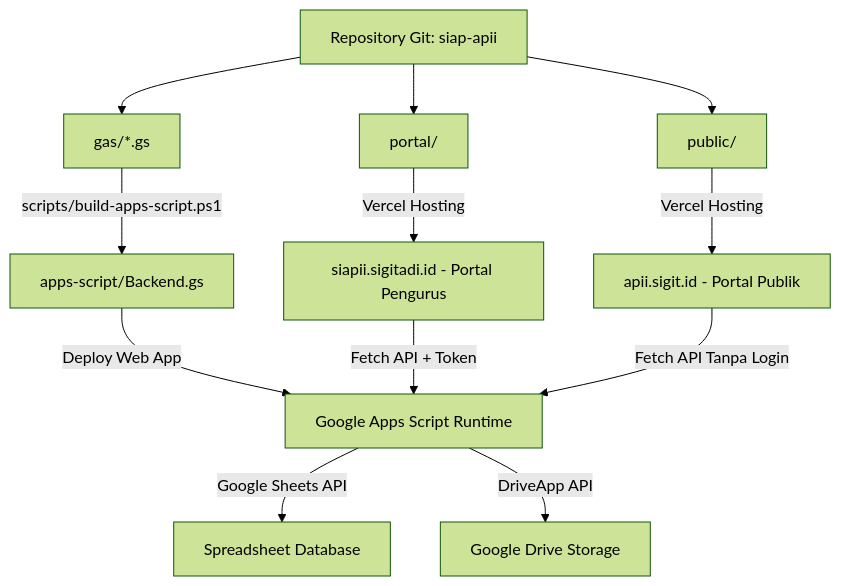
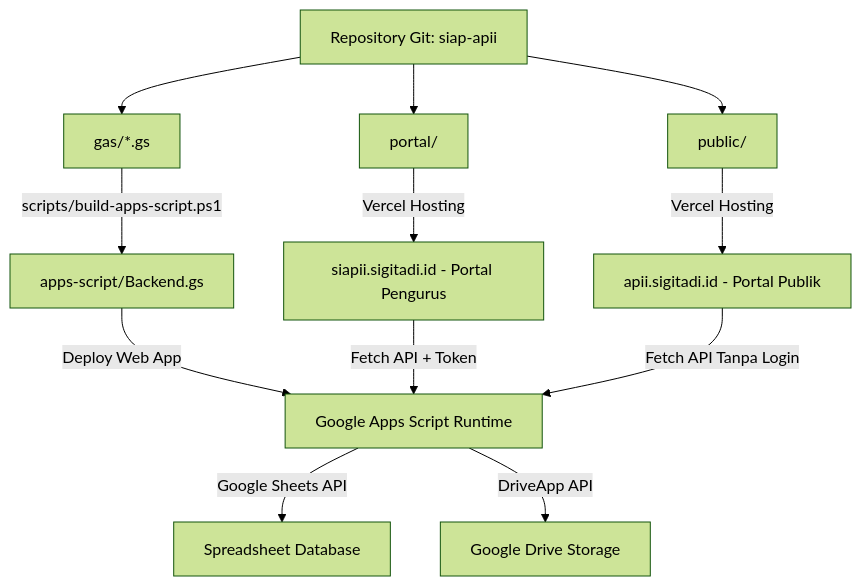
Before and after one commit to sisigitadi/siap-apii: the diagram in docs/VERSION_CONTROL.md, drawn with Mermaid (forest theme). The commit also changed other lines of this file and 14 other files, not shown here.

Commit message:
fix(public): audit domain apii.sigitadi.id, restore public letters and accounts section, remove divisi, fix deploy ci

````diff
--- a/docs/VERSION_CONTROL.md
+++ b/docs/VERSION_CONTROL.md
@@ -40,17 +40,17 @@
 ```mermaid
 graph TD
     A[Repository Git: siap-apii] --> B[gas/*.gs]
     A --> C[portal/]
     A --> D[public/]
     
     B -->|scripts/build-apps-script.ps1| E[apps-script/Backend.gs]
     E -->|Deploy Web App| F[Google Apps Script Runtime]
     F -->|Google Sheets API| G[Spreadsheet Database]
     F -->|DriveApp API| H[Google Drive Storage]
     
     C -->|Vercel Hosting| I[siapii.sigitadi.id - Portal Pengurus]
-    D -->|Vercel Hosting| J[apii.sigit.id - Portal Publik]
+    D -->|Vercel Hosting| J[apii.sigitadi.id - Portal Publik]
     
     I -->|Fetch API + Token| F
     J -->|Fetch API Tanpa Login| F
 ```
````
